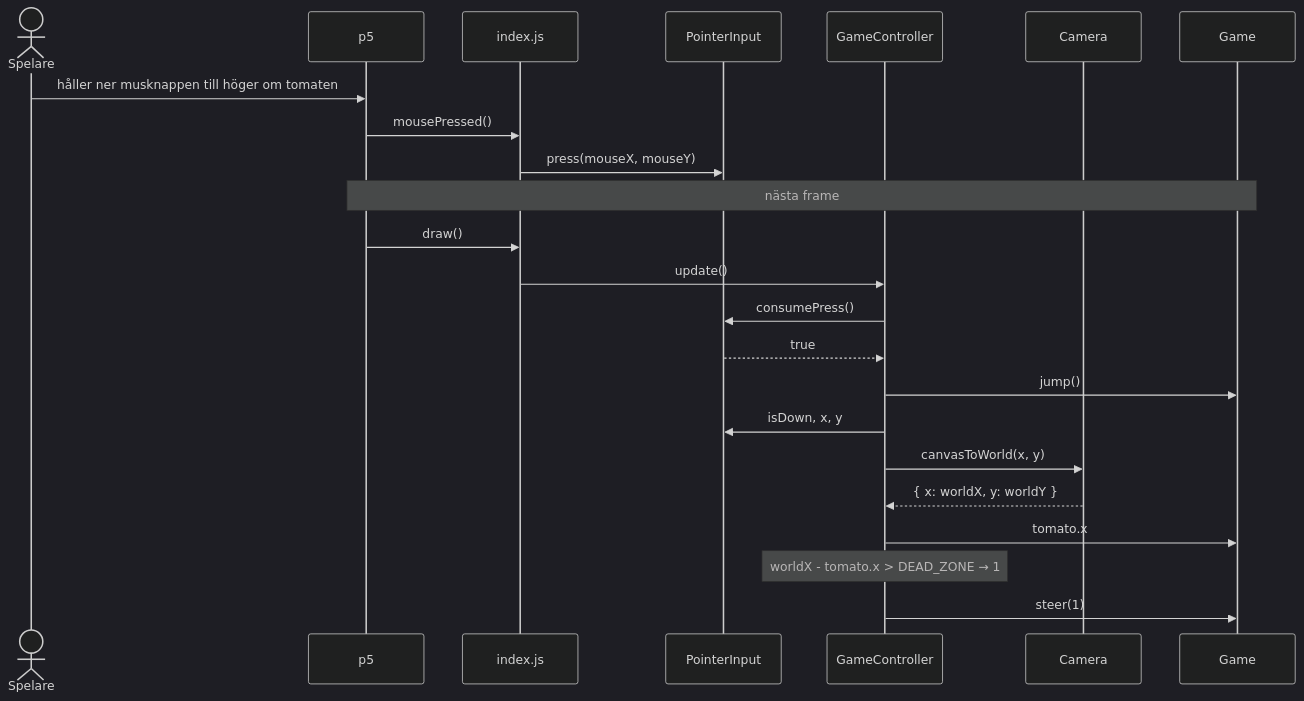
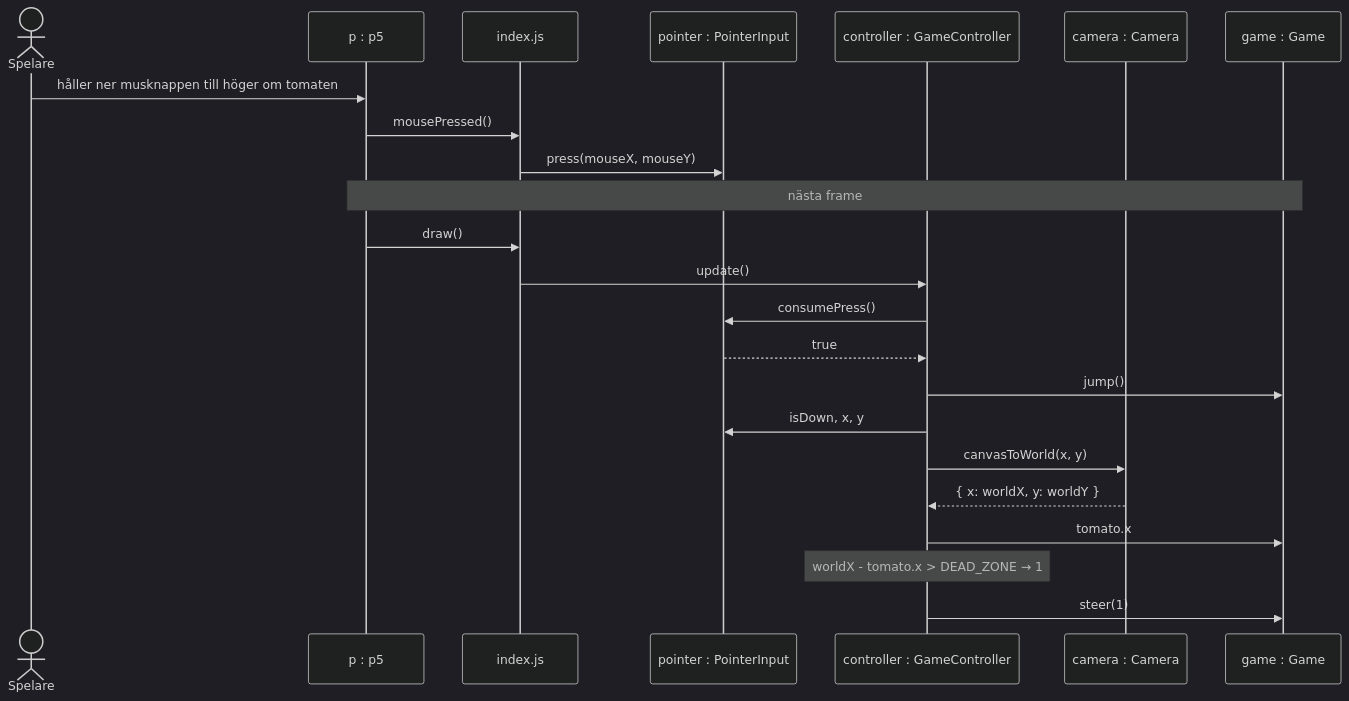
Before and after one commit to 1dv610/ripe-tomato: the eighth of 9 diagrams in MVC_DESIGN.md, drawn with Mermaid (dark theme). The commit also changed other lines of this file, not shown here.

First line of the commit message:
Name sequence diagram lifelines as instances in UML notation

````diff
--- a/MVC_DESIGN.md
+++ b/MVC_DESIGN.md
@@ -823,27 +832,27 @@
 ```mermaid
 sequenceDiagram
     actor A as Spelare
-    participant P as p5
+    participant P as p : p5
     participant S as index.js
-    participant Ptr as PointerInput
-    participant C as GameController
-    participant Cam as Camera
-    participant G as Game
+    participant Ptr as pointer : PointerInput
+    participant C as controller : GameController
+    participant Cam as camera : Camera
+    participant G as game : Game
 
     A->>P: håller ner musknappen till höger om tomaten
     P->>S: mousePressed()
     S->>Ptr: press(mouseX, mouseY)
 
     Note over P,G: nästa frame
     P->>S: draw()
     S->>C: update()
     C->>Ptr: consumePress()
     Ptr-->>C: true
     C->>G: jump()
     C->>Ptr: isDown, x, y
     C->>Cam: canvasToWorld(x, y)
     Cam-->>C: { x: worldX, y: worldY }
     C->>G: tomato.x
     Note over C: worldX - tomato.x > DEAD_ZONE → 1
     C->>G: steer(1)
 ```
````
